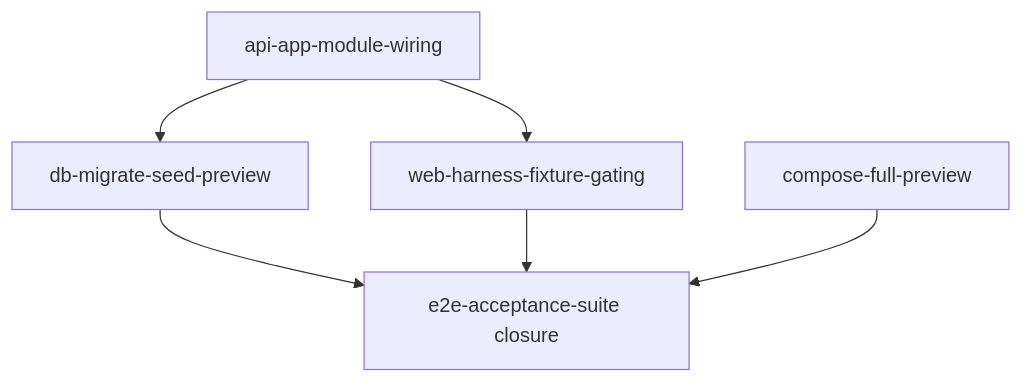
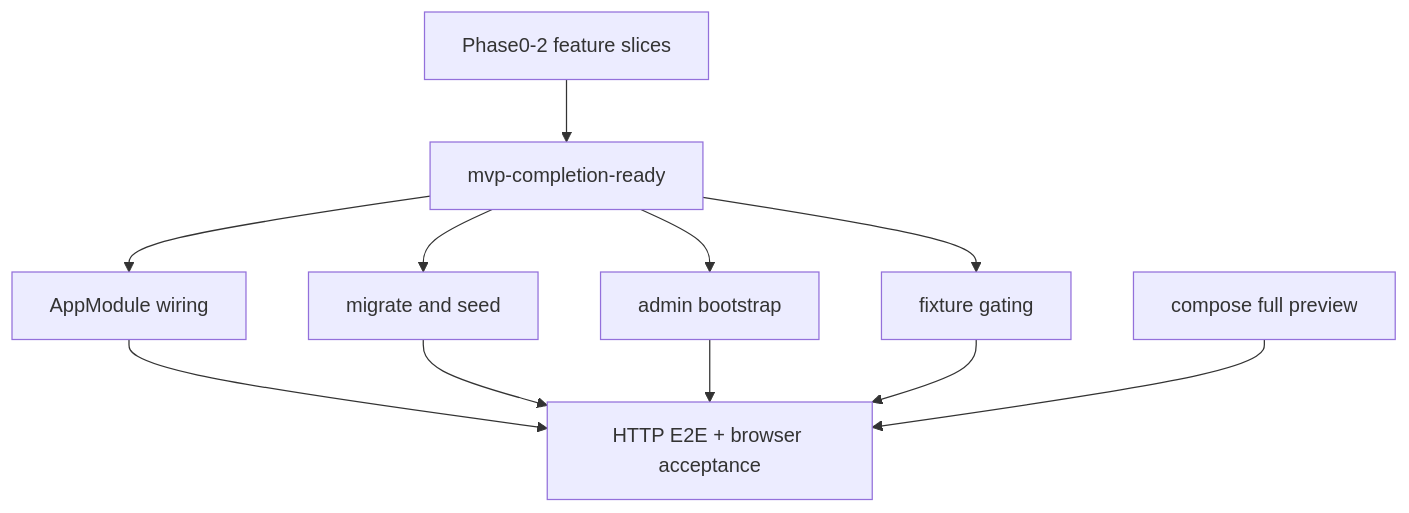
Before and after one commit to trannamtrung1st/ai-engineering-learning: the diagram in projects/generator/templates/ai-harness/docs/integration-debt-register.md, drawn with Mermaid. The commit also changed other lines of this file and 42 other files, not shown here.

````diff
--- a/projects/generator/templates/ai-harness/docs/integration-debt-register.md
+++ b/projects/generator/templates/ai-harness/docs/integration-debt-register.md
@@ -112,14 +128,22 @@
 ```mermaid
 flowchart TD
-  wiring[api-app-module-wiring]
-  seed[db-migrate-seed-preview]
-  fixtures[web-harness-fixture-gating]
-  compose[compose-full-preview]
-  e2e[e2e-acceptance-suite closure]
+  features[Phase0-2 feature slices]
+  finale[mvp-completion-ready]
+  wiring[AppModule wiring]
+  seed[migrate and seed]
+  bootstrap["admin bootstrap"]
+  fixtures[fixture gating]
+  compose[compose full preview]
+  browser[HTTP E2E + browser acceptance]
 
-  wiring --> seed
-  wiring --> fixtures
-  seed --> e2e
-  fixtures --> e2e
-  compose --> e2e
+  features --> finale
+  finale --> wiring
+  finale --> seed
+  finale --> bootstrap
+  finale --> fixtures
+  wiring --> browser
+  seed --> browser
+  bootstrap --> browser
+  fixtures --> browser
+  compose --> browser
 ```
````
